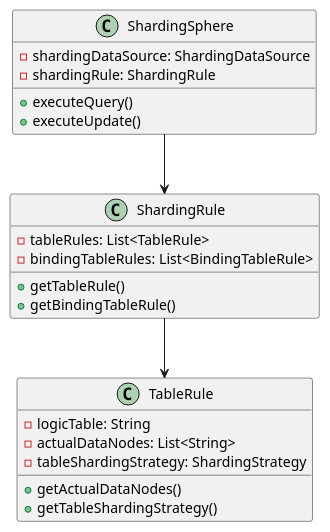
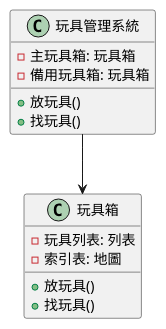
The second of 3 diagrams in doc/learning/architecture/database_sharding_tutorial.md (fine5351/info-sync), drawn with PlantUML before and after one commit. The commit also changed other lines of this file and 35 other files, not shown here.

````diff
--- a/doc/learning/architecture/database_sharding_tutorial.md
+++ b/doc/learning/architecture/database_sharding_tutorial.md
@@ -145,28 +86,19 @@
 ```plantuml
 @startuml
-class ShardingSphere {
-    - shardingDataSource: ShardingDataSource
-    - shardingRule: ShardingRule
-    + executeQuery()
-    + executeUpdate()
+class 玩具管理系統 {
+    - 主玩具箱: 玩具箱
+    - 備用玩具箱: 玩具箱
+    + 放玩具()
+    + 找玩具()
 }
 
-class ShardingRule {
-    - tableRules: List<TableRule>
-    - bindingTableRules: List<BindingTableRule>
-    + getTableRule()
-    + getBindingTableRule()
+class 玩具箱 {
+    - 玩具列表: 列表
+    - 索引表: 地圖
+    + 放玩具()
+    + 找玩具()
 }
 
-class TableRule {
-    - logicTable: String
-    - actualDataNodes: List<String>
-    - tableShardingStrategy: ShardingStrategy
-    + getActualDataNodes()
-    + getTableShardingStrategy()
-}
-
-ShardingSphere --> ShardingRule
-ShardingRule --> TableRule
+玩具管理系統 --> 玩具箱
 @enduml
 ```
````
